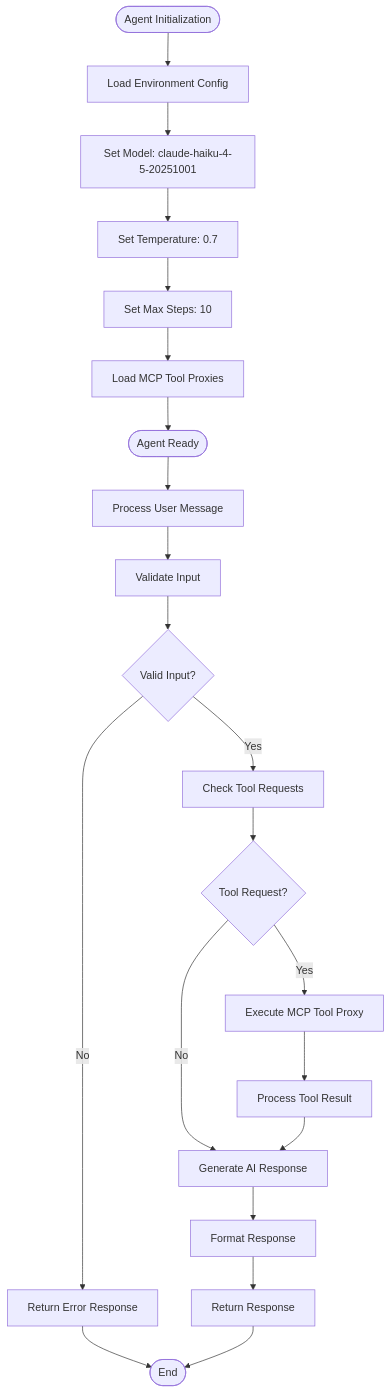
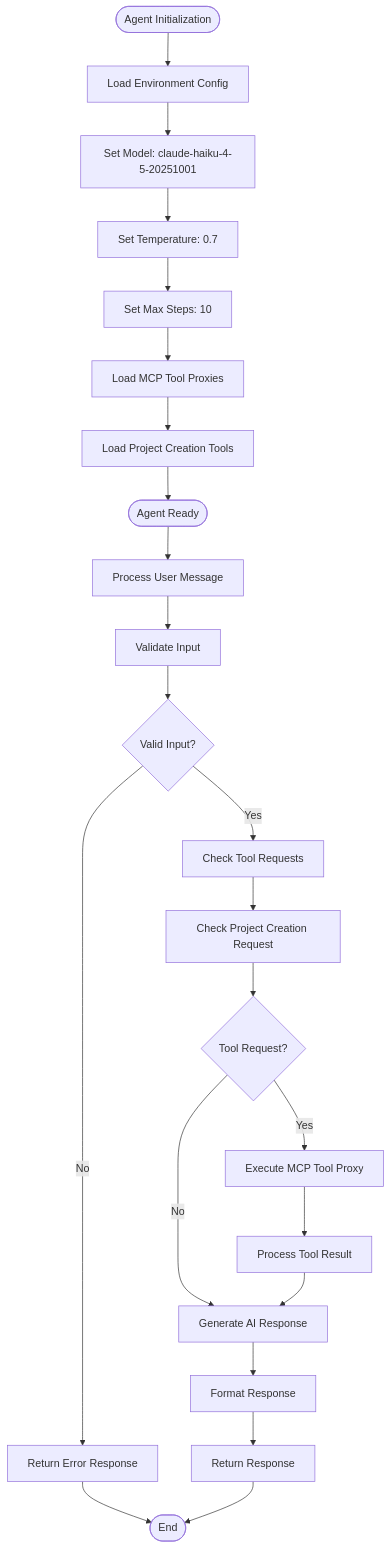
The fourth of 25 diagrams in .qoder/repowiki/en/content/AI Integration System/Agent System/DevBot AI Agent System.md (siimliimand/laravel-assistant), drawn with Mermaid before and after one commit. The commit also changed other lines of this file and 3 other files, not shown here.

First line of the commit message:
feat(devbot): add comprehensive project creation capabilities and expand MCP tool suite

````diff
--- a/.qoder/repowiki/en/content/AI Integration System/Agent System/DevBot AI Agent System.md
+++ b/.qoder/repowiki/en/content/AI Integration System/Agent System/DevBot AI Agent System.md
@@ -246,23 +318,25 @@
 ```mermaid
 flowchart TD
 Start([Agent Initialization]) --> LoadConfig["Load Environment Config"]
 LoadConfig --> SetModel["Set Model: claude-haiku-4-5-20251001"]
 SetModel --> SetTemperature["Set Temperature: 0.7"]
 SetTemperature --> SetMaxSteps["Set Max Steps: 10"]
 SetMaxSteps --> LoadTools["Load MCP Tool Proxies"]
-LoadTools --> Ready([Agent Ready])
+LoadTools --> LoadProjectTools["Load Project Creation Tools"]
+LoadProjectTools --> Ready([Agent Ready])
 Ready --> ProcessMessage["Process User Message"]
 ProcessMessage --> ValidateInput["Validate Input"]
 ValidateInput --> InputValid{"Valid Input?"}
 InputValid --> |No| ReturnError["Return Error Response"]
 InputValid --> |Yes| CheckTools["Check Tool Requests"]
-CheckTools --> ToolRequested{"Tool Request?"}
+CheckTools --> CheckProjectWorkflow["Check Project Creation Request"]
+CheckProjectWorkflow --> ToolRequested{"Tool Request?"}
 ToolRequested --> |Yes| ExecuteTool["Execute MCP Tool Proxy"]
 ToolRequested --> |No| GenerateResponse["Generate AI Response"]
 ExecuteTool --> ToolResult["Process Tool Result"]
 ToolResult --> GenerateResponse
 GenerateResponse --> FormatResponse["Format Response"]
 FormatResponse --> ReturnResponse["Return Response"]
 ReturnError --> End([End])
 ReturnResponse --> End
 ```
````
